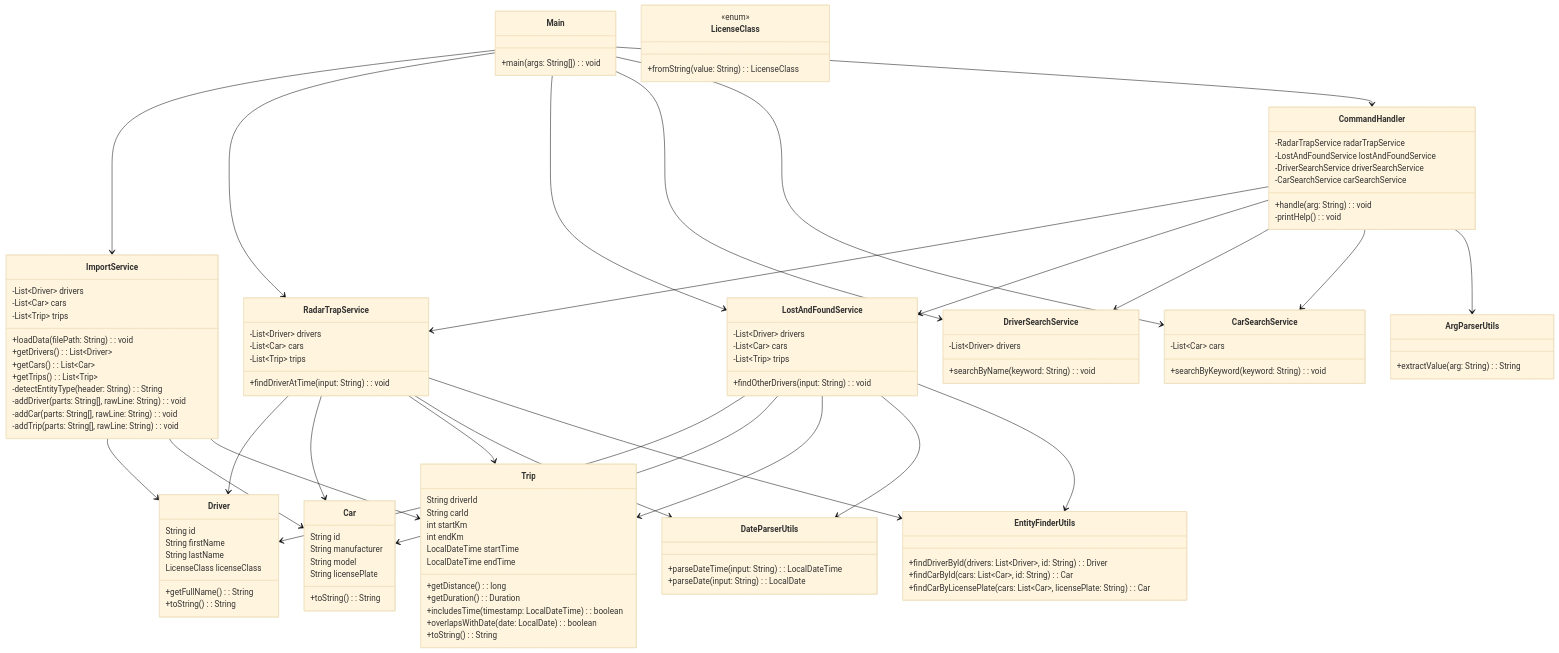
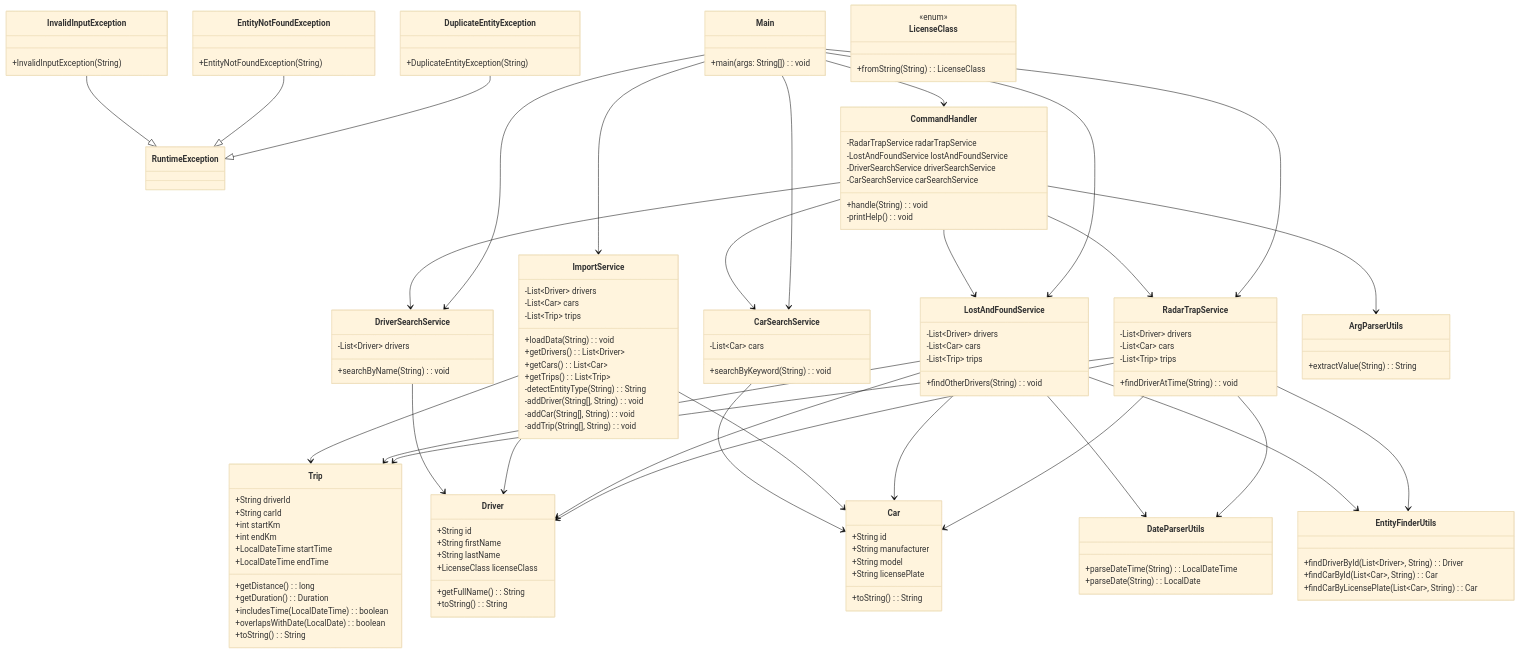
Before and after one commit to S1onyx/dienstwagen-datenbank-java: the diagram in README.md, drawn with Mermaid (base theme).

````diff
--- a/README.md
+++ b/README.md
@@ -87,57 +87,76 @@
 ```mermaid
 classDiagram
+%% === Main Entry ===
 class Main {
   +main(args: String[]): void
 }
 
+%% === Exceptions ===
+class DuplicateEntityException {
+  +DuplicateEntityException(String)
+}
+class EntityNotFoundException {
+  +EntityNotFoundException(String)
+}
+class InvalidInputException {
+  +InvalidInputException(String)
+}
+class RuntimeException
+
+DuplicateEntityException --|> RuntimeException
+EntityNotFoundException --|> RuntimeException
+InvalidInputException --|> RuntimeException
+
+%% === Models ===
 class Driver {
-  String id
-  String firstName
-  String lastName
-  LicenseClass licenseClass
+  +String id
+  +String firstName
+  +String lastName
+  +LicenseClass licenseClass
   +getFullName(): String
   +toString(): String
 }
 
 class Car {
-  String id
-  String manufacturer
-  String model
-  String licensePlate
+  +String id
+  +String manufacturer
+  +String model
+  +String licensePlate
   +toString(): String
 }
 
 class Trip {
-  String driverId
-  String carId
-  int startKm
-  int endKm
-  LocalDateTime startTime
-  LocalDateTime endTime
+  +String driverId
+  +String carId
+  +int startKm
+  +int endKm
+  +LocalDateTime startTime
+  +LocalDateTime endTime
   +getDistance(): long
   +getDuration(): Duration
-  +includesTime(timestamp: LocalDateTime): boolean
-  +overlapsWithDate(date: LocalDate): boolean
+  +includesTime(LocalDateTime): boolean
+  +overlapsWithDate(LocalDate): boolean
   +toString(): String
 }
 
 class LicenseClass {
   <<enum>>
-  +fromString(value: String): LicenseClass
+  +fromString(String): LicenseClass
 }
 
+%% === Services ===
 class ImportService {
   -List~Driver~ drivers
   -List~Car~ cars
   -List~Trip~ trips
-  +loadData(filePath: String): void
+  +loadData(String): void
   +getDrivers(): List~Driver~
   +getCars(): List~Car~
   +getTrips(): List~Trip~
-  -detectEntityType(header: String): String
-  -addDriver(parts: String[], rawLine: String): void
-  -addCar(parts: String[], rawLine: String): void
-  -addTrip(parts: String[], rawLine: String): void
+  -detectEntityType(String): String
+  -addDriver(String[], String): void
+  -addCar(String[], String): void
+  -addTrip(String[], String): void
 }
 
 class CommandHandler {
@@ -145,7 +164,7 @@
   -LostAndFoundService lostAndFoundService
   -DriverSearchService driverSearchService
   -CarSearchService carSearchService
-  +handle(arg: String): void
+  +handle(String): void
   -printHelp(): void
 }
 
@@ -153,41 +172,41 @@
   -List~Driver~ drivers
   -List~Car~ cars
   -List~Trip~ trips
-  +findDriverAtTime(input: String): void
+  +findDriverAtTime(String): void
 }
 
 class LostAndFoundService {
   -List~Driver~ drivers
   -List~Car~ cars
   -List~Trip~ trips
-  +findOtherDrivers(input: String): void
+  +findOtherDrivers(String): void
 }
 
 class DriverSearchService {
   -List~Driver~ drivers
-  +searchByName(keyword: String): void
+  +searchByName(String): void
 }
 
 class CarSearchService {
   -List~Car~ cars
-  +searchByKeyword(keyword: String): void
+  +searchByKeyword(String): void
 }
 
+%% === Utils ===
 class ArgParserUtils {
-  +extractValue(arg: String): String
+  +extractValue(String): String
+}
+class DateParserUtils {
+  +parseDateTime(String): LocalDateTime
+  +parseDate(String): LocalDate
+}
+class EntityFinderUtils {
+  +findDriverById(List~Driver~, String): Driver
+  +findCarById(List~Car~, String): Car
+  +findCarByLicensePlate(List~Car~, String): Car
 }
 
-class DateParserUtils {
-  +parseDateTime(input: String): LocalDateTime
-  +parseDate(input: String): LocalDate
-}
-
-class EntityFinderUtils {
-  +findDriverById(drivers: List~Driver~, id: String): Driver
-  +findCarById(cars: List~Car~, id: String): Car
-  +findCarByLicensePlate(cars: List~Car~, licensePlate: String): Car
-}
-
+%% === Beziehungen ===
 Main --> ImportService
 Main --> RadarTrapService
 Main --> LostAndFoundService
@@ -199,22 +218,24 @@
 CommandHandler --> LostAndFoundService
 CommandHandler --> DriverSearchService
 CommandHandler --> CarSearchService
+CommandHandler --> ArgParserUtils
 
 RadarTrapService --> Driver
 RadarTrapService --> Car
 RadarTrapService --> Trip
+RadarTrapService --> DateParserUtils
+RadarTrapService --> EntityFinderUtils
 
 LostAndFoundService --> Driver
 LostAndFoundService --> Car
 LostAndFoundService --> Trip
+LostAndFoundService --> DateParserUtils
+LostAndFoundService --> EntityFinderUtils
 
 ImportService --> Driver
 ImportService --> Car
 ImportService --> Trip
 
-CommandHandler --> ArgParserUtils
-RadarTrapService --> DateParserUtils
-RadarTrapService --> EntityFinderUtils
-LostAndFoundService --> DateParserUtils
-LostAndFoundService --> EntityFinderUtils
+DriverSearchService --> Driver
+CarSearchService --> Car
 ```
````
